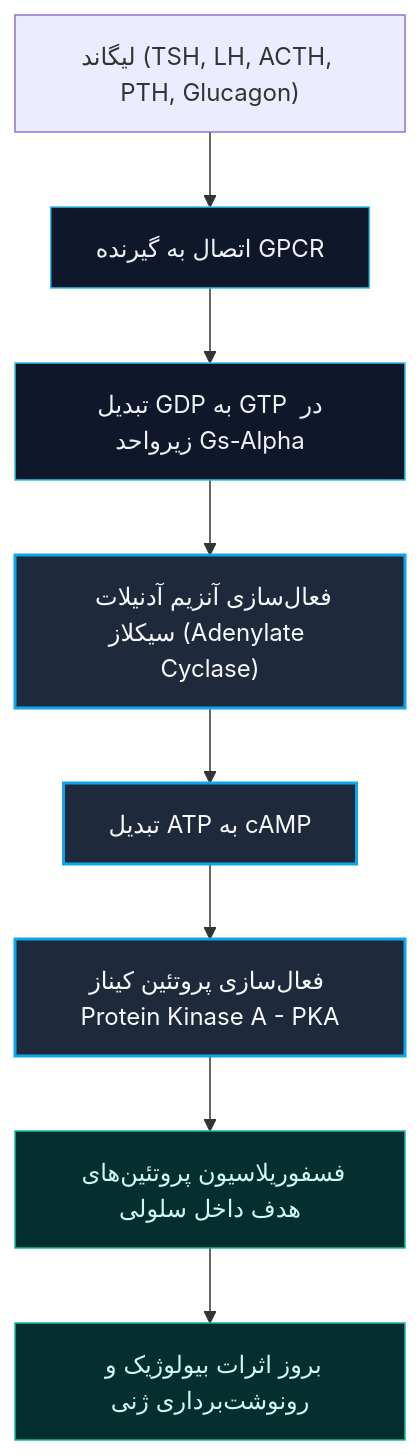
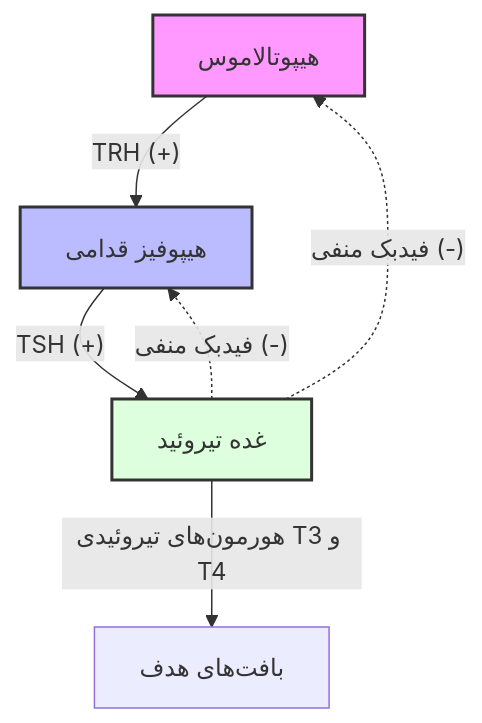
Before and after one commit to neopulse-hub/TUMS-1402-1-neo: the third of 7 diagrams in 07/مبانی غدد/01-مقدمات.md, drawn with Mermaid. The commit also changed other lines of this file, not shown here.

````diff
--- a/07/مبانی غدد/01-مقدمات.md
+++ b/07/مبانی غدد/01-مقدمات.md
@@ -219,14 +108,12 @@
 ```mermaid
-flowchart TD
-    classDef gpcr fill:#0F172A,stroke:#38BDF8,stroke-width:1px,color:#F1F2F6;
-    classDef enzyme fill:#1E293B,stroke:#0EA5E9,stroke-width:2px,color:#F8FAFC;
-    classDef effect fill:#042F2E,stroke:#14B8A6,stroke-width:1px,color:#CCFBF1;
+flowchart TB
+    H[هیپوتالاموس] -- TRH (+) --> P[هیپوفیز قدامی]
+    P -- TSH (+) --> T[غده تیروئید]
+    T -- هورمون‌های تیروئیدی T3 و T4 --> Target[بافت‌های هدف]
+    T -. فیدبک منفی (-) .-> P
+    T -. فیدبک منفی (-) .-> H
 
-    L["لیگاند (TSH, LH, ACTH, PTH, Glucagon)"] --> R["اتصال به گیرنده GPCR"]:::gpcr
-    R --> G["تبدیل GDP به GTP در زیرواحد Gs-Alpha"]:::gpcr
-    G --> AC["فعال‌سازی آنزیم آدنیلات سیکلاز (Adenylate Cyclase)"]:::enzyme
-    AC --> ATP["تبدیل ATP به cAMP"]:::enzyme
-    ATP --> PKA["فعال‌سازی پروتئین کیناز Protein Kinase A - PKA"]:::enzyme
-    PKA --> Phos["فسفوریلاسیون پروتئین‌های هدف داخل سلولی"]:::effect
-    Phos --> Bio["بروز اثرات بیولوژیک و رونوشت‌برداری ژنی"]:::effect
+    style H fill:#f9f,stroke:#333,stroke-width:2px;
+    style P fill:#bbf,stroke:#333,stroke-width:2px;
+    style T fill:#dfd,stroke:#333,stroke-width:2px;
 ```
````
